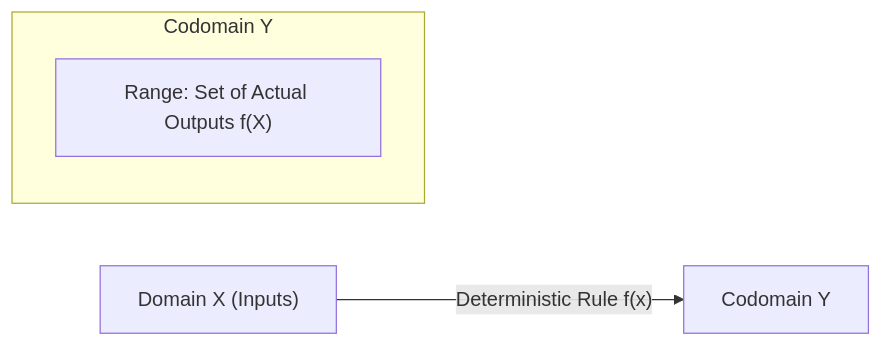
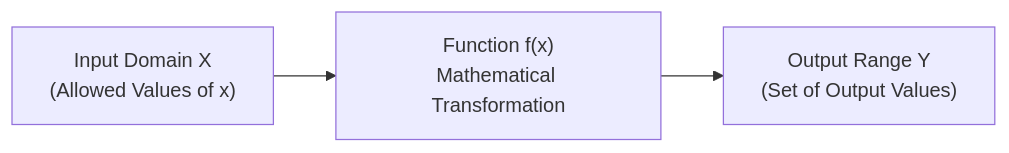
The diagram in lecture_22/Notes_22.02/README.md (S1h2i3v4a/AI_ML), drawn with Mermaid before and after one commit. The commit also changed other lines of this file and 156 other files, not shown here.

Commit message:
docs(lectures 22-24): align notes with video lectures, add blackboard diagrams, clean structured functions, and compile vector PDFs

````diff
--- a/lecture_22/Notes_22.02/README.md
+++ b/lecture_22/Notes_22.02/README.md
@@ -30,7 +11,5 @@
 ```mermaid
-graph LR
-    X["Domain X (Inputs)"] -- "Deterministic Rule f(x)" --> Y["Codomain Y"]
-    subgraph Codomain Y
-        R["Range: Set of Actual Outputs f(X)"]
-    end
+flowchart LR
+    Domain["Input Domain X<br/>(Allowed Values of x)"] --> Function["Function f(x)<br/>Mathematical Transformation"]
+    Function --> Range["Output Range Y<br/>(Set of Output Values)"]
 ```
````
